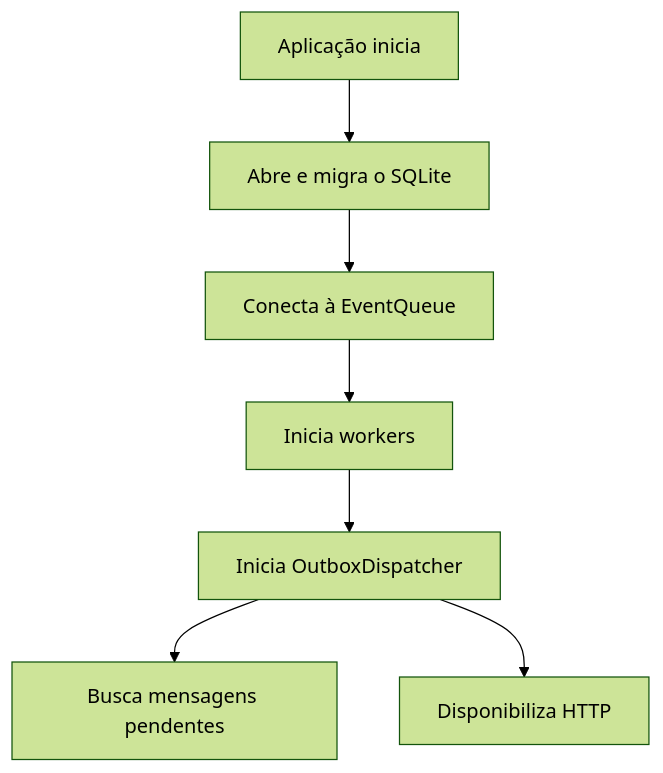
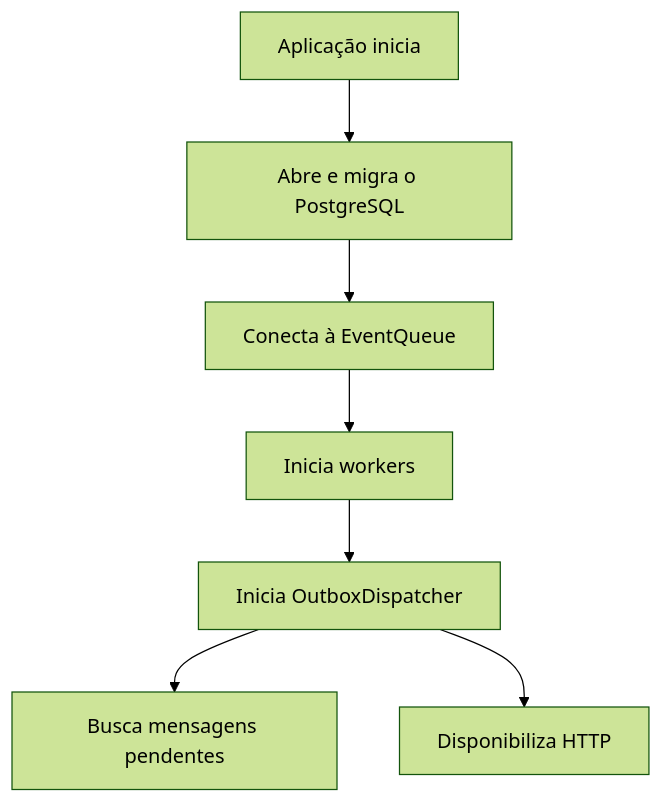
The second of 3 diagrams in docs/architecture.md (rafamguedes/go-webhook-processor), drawn with Mermaid (forest theme) before and after one commit. The commit also changed other lines of this file and 12 other files, not shown here.

First line of the commit message:
feat: migrate from SQLite to PostgreSQL for event storage

````diff
--- a/docs/architecture.md
+++ b/docs/architecture.md
@@ -54,14 +54,14 @@
 ```mermaid
 flowchart TD
     start[Aplicação inicia]
-    migrate[Abre e migra o SQLite]
+    migrate[Abre e migra o PostgreSQL]
     queue[Conecta à EventQueue]
     workers[Inicia workers]
     dispatcher[Inicia OutboxDispatcher]
     pending[Busca mensagens pendentes]
     server[Disponibiliza HTTP]
 
     start --> migrate --> queue --> workers --> dispatcher
     dispatcher --> pending
     dispatcher --> server
 ```
````
